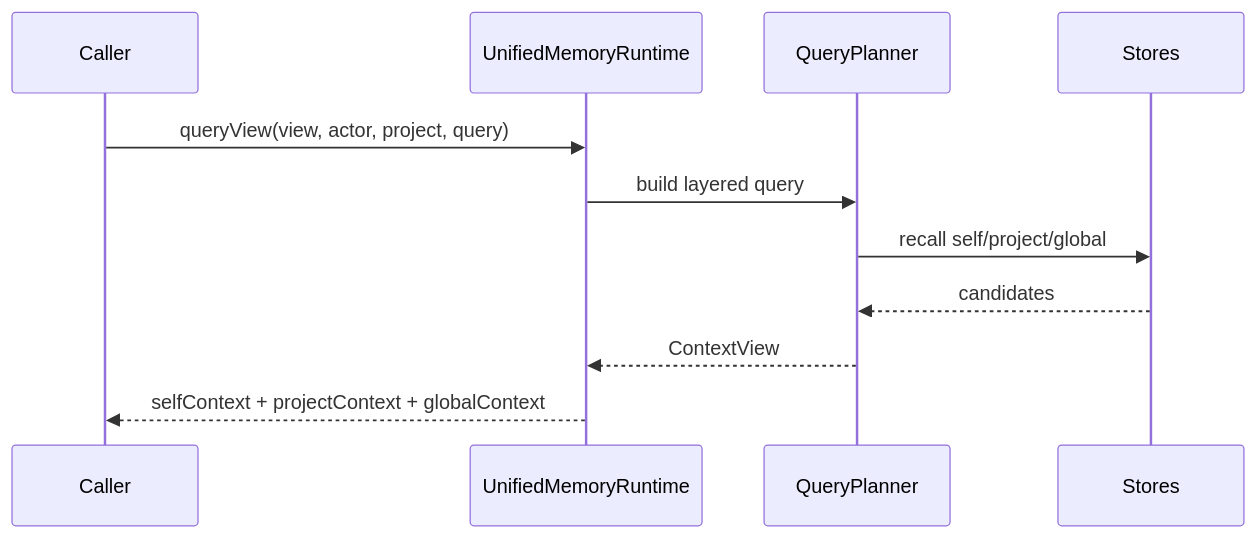
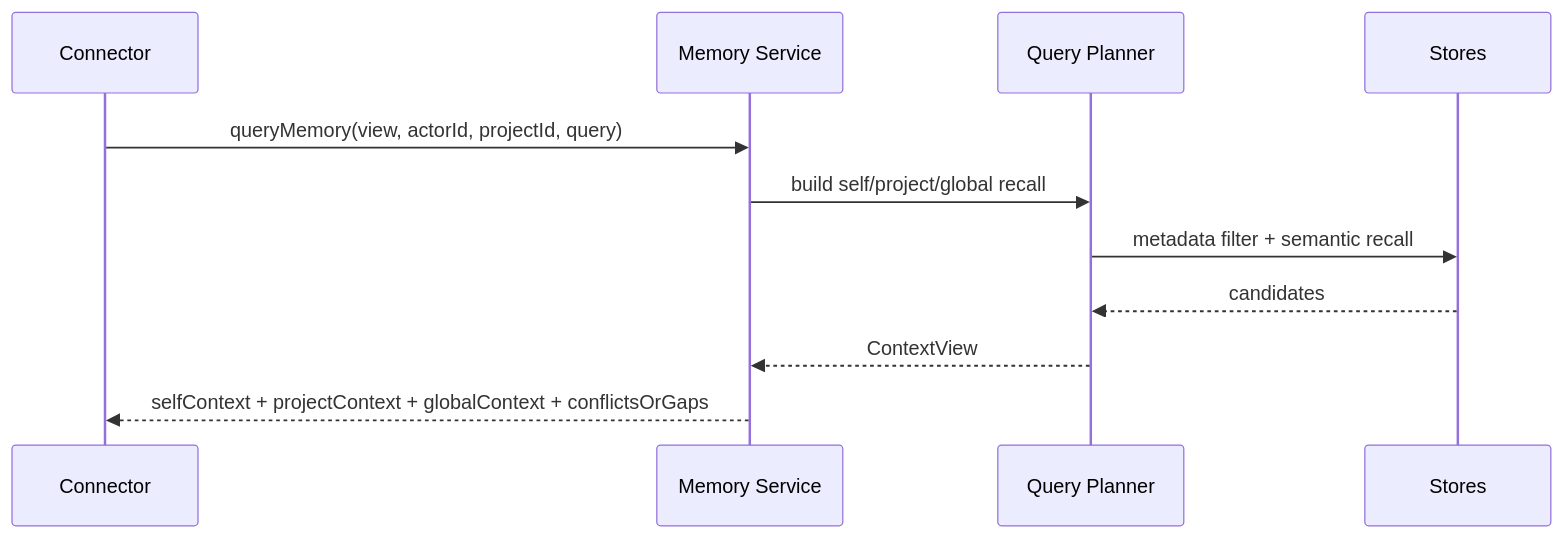
Before and after one commit to embaobao/memo-hub: the third of 4 diagrams in docs/architecture/overview.md, drawn with Mermaid. The commit also changed other lines of this file and 124 other files, not shown here.

````diff
--- a/docs/architecture/overview.md
+++ b/docs/architecture/overview.md
@@ -52,14 +56,14 @@
 ```mermaid
 sequenceDiagram
-    participant Caller as Caller
-    participant Runtime as UnifiedMemoryRuntime
-    participant Planner as QueryPlanner
+    participant Connector as Connector
+    participant Memory as Memory Service
+    participant Planner as Query Planner
     participant Store as Stores
 
-    Caller->>Runtime: queryView(view, actor, project, query)
-    Runtime->>Planner: build layered query
-    Planner->>Store: recall self/project/global
+    Connector->>Memory: queryMemory(view, actorId, projectId, query)
+    Memory->>Planner: build self/project/global recall
+    Planner->>Store: metadata filter + semantic recall
     Store-->>Planner: candidates
-    Planner-->>Runtime: ContextView
-    Runtime-->>Caller: selfContext + projectContext + globalContext
+    Planner-->>Memory: ContextView
+    Memory-->>Connector: selfContext + projectContext + globalContext + conflictsOrGaps
 ```
````
